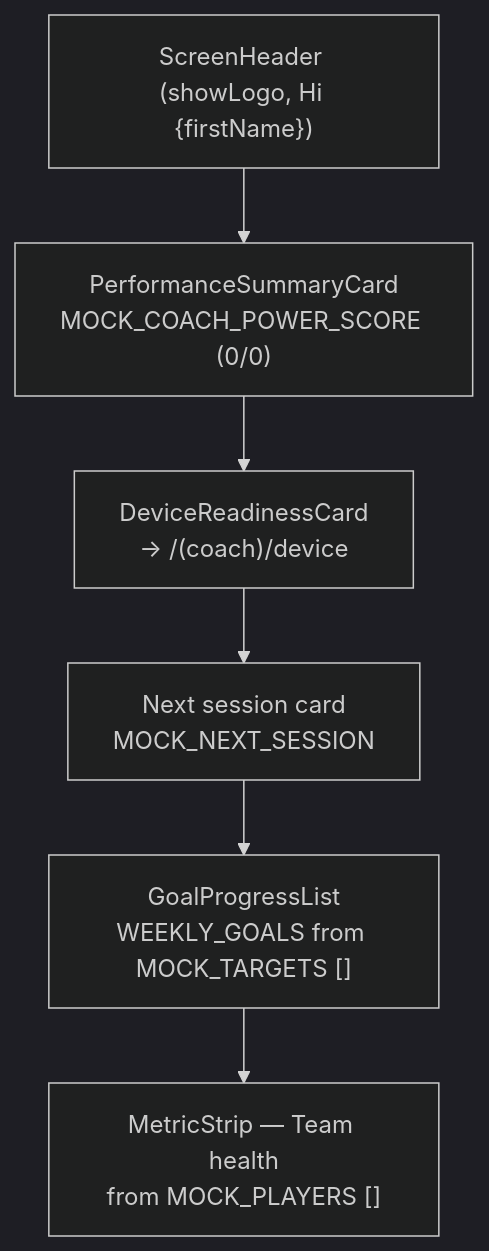
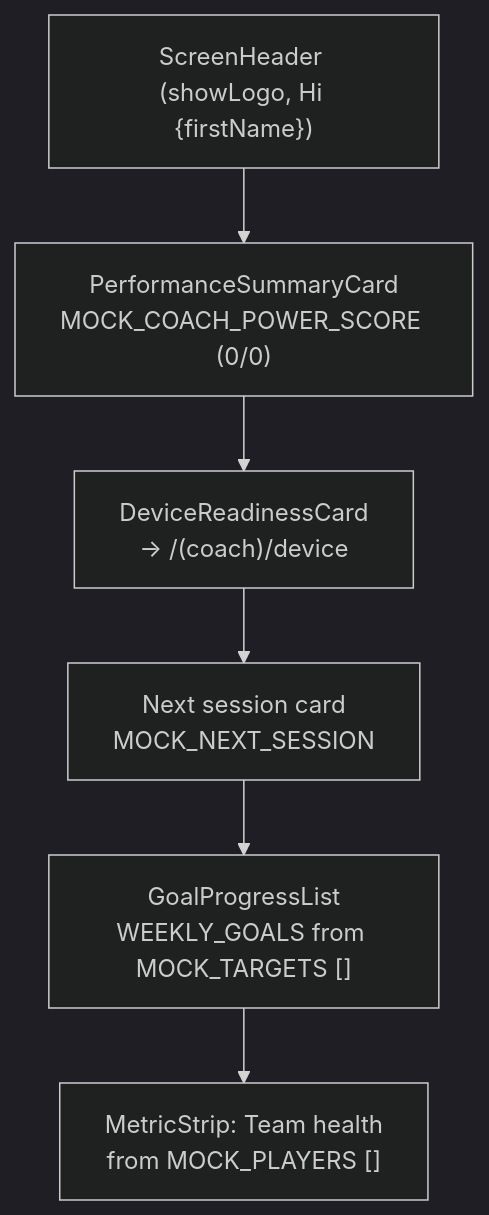
One commit to IzandlaSystem/SSP-Documentation changed the first of 2 diagrams in docs/projects/mobile-app/dashboard-and-analytics.md. Above: the diagram before and after it, drawn with Mermaid (dark theme). The commit also changed other lines of this file and 20 other files, not shown here.

````diff
--- a/docs/projects/mobile-app/dashboard-and-analytics.md
+++ b/docs/projects/mobile-app/dashboard-and-analytics.md
@@ -70,8 +70,8 @@
 ```mermaid
 flowchart TD
     A["ScreenHeader (showLogo, Hi {firstName})"] --> B["PerformanceSummaryCard<br/>MOCK_COACH_POWER_SCORE (0/0)"]
     B --> C["DeviceReadinessCard<br/>→ /(coach)/device"]
     C --> D["Next session card<br/>MOCK_NEXT_SESSION"]
     D --> E["GoalProgressList<br/>WEEKLY_GOALS from MOCK_TARGETS []"]
-    E --> F["MetricStrip — Team health<br/>from MOCK_PLAYERS []"]
+    E --> F["MetricStrip: Team health<br/>from MOCK_PLAYERS []"]
 ```
````
